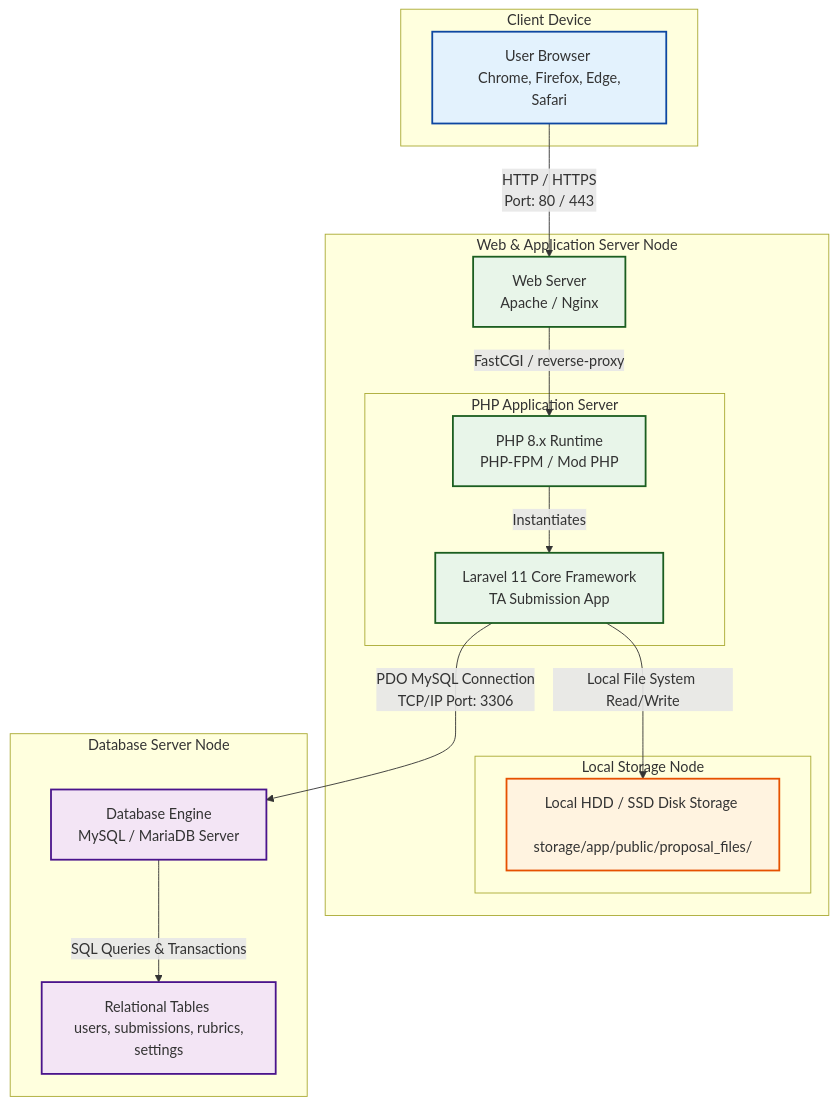
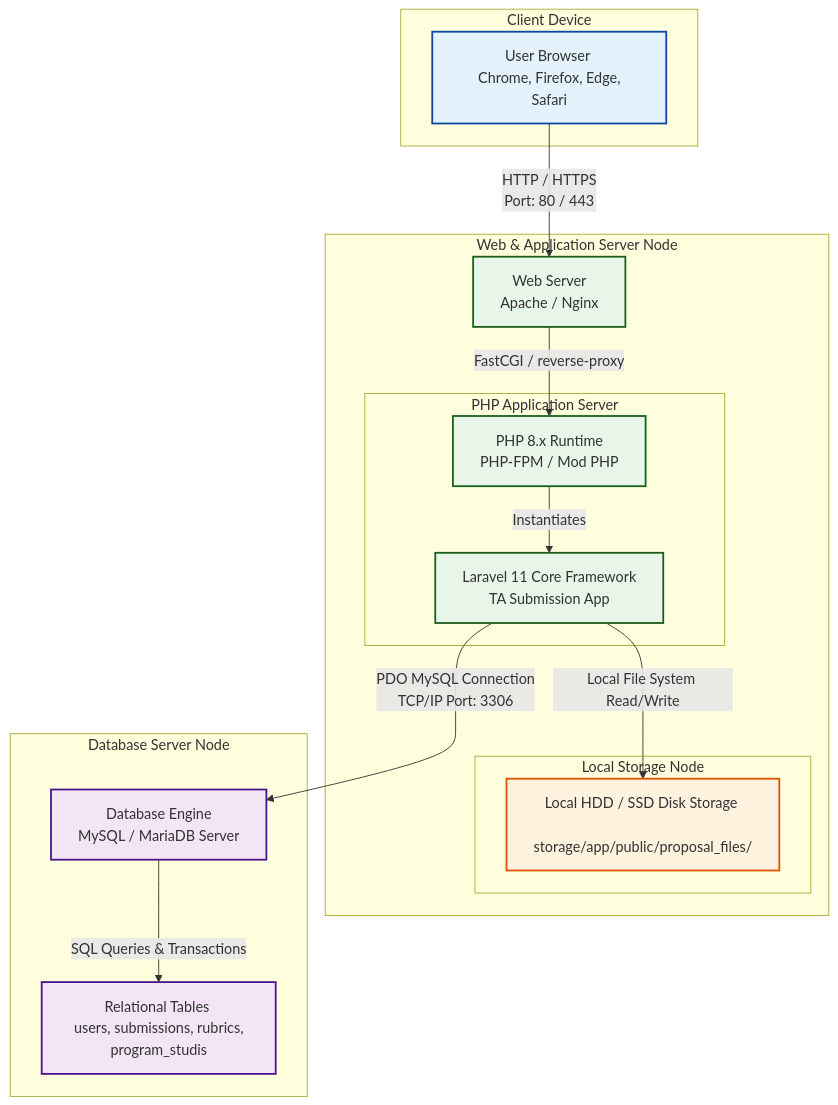
The diagram in docs/uml/deployment_diagram.md (Duandi04/ta_submission), drawn with Mermaid before and after one commit. The commit also changed 28 other files, not shown here.

Commit message:
refactor: implement program study settings and update UML documentation for Kaprodi configuration

````diff
--- a/docs/uml/deployment_diagram.md
+++ b/docs/uml/deployment_diagram.md
@@ -9,39 +9,39 @@
 ```mermaid
 graph TD
     %% Styling
     classDef client fill:#e3f2fd,stroke:#0d47a1,stroke-width:2px;
     classDef server fill:#e8f5e9,stroke:#1b5e20,stroke-width:2px;
     classDef database fill:#f3e5f5,stroke:#4a148c,stroke-width:2px;
     classDef storage fill:#fff3e0,stroke:#e65100,stroke-width:2px;
 
     subgraph Client_Tier [Client Device]
         Browser[User Browser <br> Chrome, Firefox, Edge, Safari]:::client
     end
 
     subgraph Application_Server_Node [Web & Application Server Node]
         WebServer[Web Server <br> Apache / Nginx]:::server
         
         subgraph Runtime_Environment [PHP Application Server]
             PHP[PHP 8.x Runtime <br> PHP-FPM / Mod PHP]:::server
             Laravel[Laravel 11 Core Framework <br> TA Submission App]:::server
         end
         
         subgraph File_System_Node [Local Storage Node]
             Disk[Local HDD / SSD Disk Storage <br> storage/app/public/proposal_files/]:::storage
         end
     end
 
     subgraph Database_Server_Node [Database Server Node]
         DB[Database Engine <br> MySQL / MariaDB Server]:::database
-        Storage[Relational Tables <br> users, submissions, rubrics, settings]:::database
+        Storage[Relational Tables <br> users, submissions, rubrics, program_studis]:::database
     end
 
     %% Protocols and Connections
     Browser -->|HTTP / HTTPS <br> Port: 80 / 443| WebServer
     WebServer -->|FastCGI / reverse-proxy| PHP
     PHP -->|Instantiates| Laravel
     
     Laravel -->|Local File System Read/Write| Disk
     Laravel -->|PDO MySQL Connection <br> TCP/IP Port: 3306| DB
     DB -->|SQL Queries & Transactions| Storage
 ```
````
